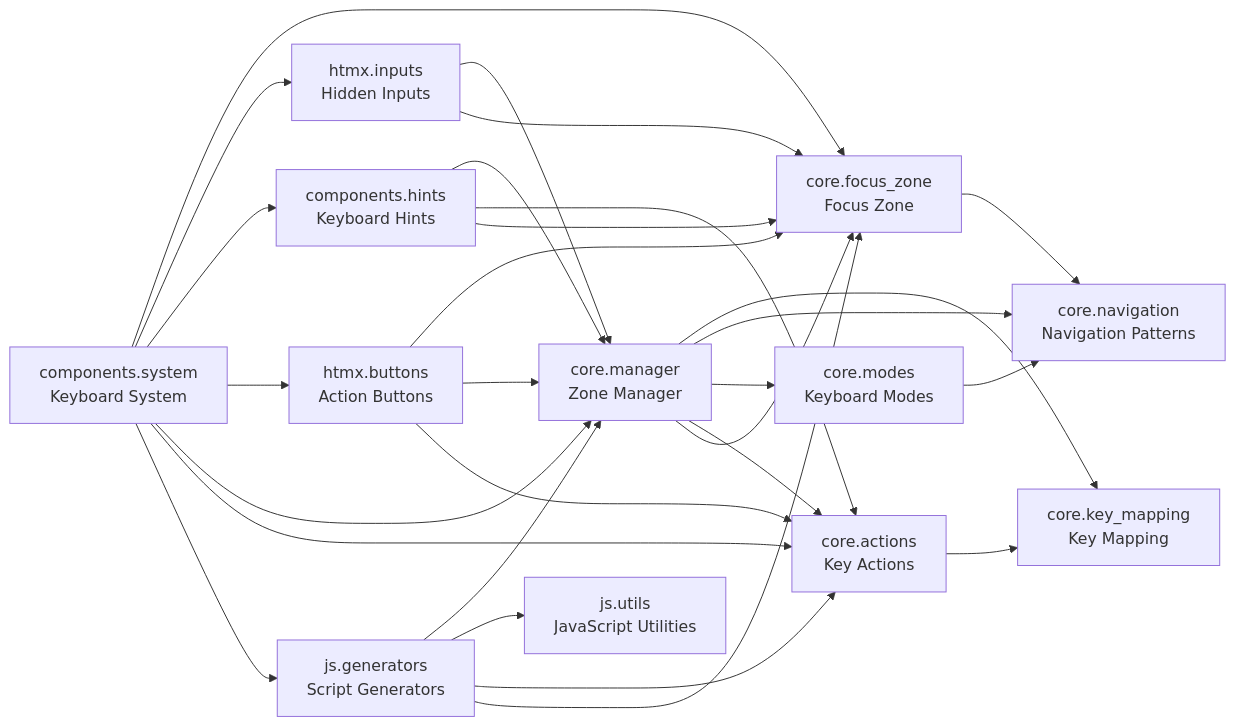
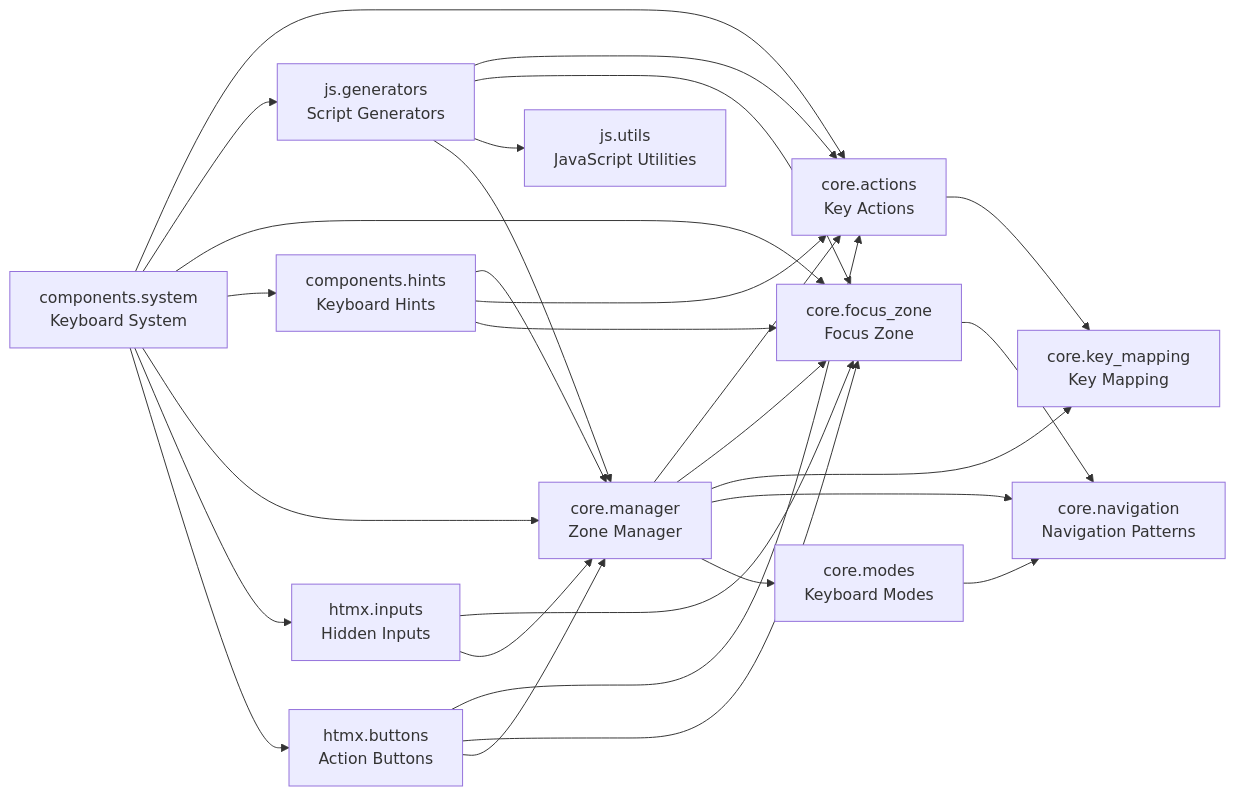
Before and after one commit to cj-mills/cjm-fasthtml-keyboard-navigation: the diagram in README.md, drawn with Mermaid. The commit also changed other lines of this file and 4 other files, not shown here.

````diff
--- a/README.md
+++ b/README.md
@@ -36,43 +36,43 @@
 ``` mermaid
 graph LR
     components_hints[components.hints<br/>Keyboard Hints]
     components_system[components.system<br/>Keyboard System]
     core_actions[core.actions<br/>Key Actions]
     core_focus_zone[core.focus_zone<br/>Focus Zone]
     core_key_mapping[core.key_mapping<br/>Key Mapping]
     core_manager[core.manager<br/>Zone Manager]
     core_modes[core.modes<br/>Keyboard Modes]
     core_navigation[core.navigation<br/>Navigation Patterns]
     htmx_buttons[htmx.buttons<br/>Action Buttons]
     htmx_inputs[htmx.inputs<br/>Hidden Inputs]
     js_generators[js.generators<br/>Script Generators]
     js_utils[js.utils<br/>JavaScript Utilities]
 
     components_hints --> core_manager
     components_hints --> core_actions
     components_hints --> core_focus_zone
-    components_system --> core_focus_zone
-    components_system --> htmx_inputs
-    components_system --> components_hints
-    components_system --> htmx_buttons
-    components_system --> core_manager
     components_system --> core_actions
     components_system --> js_generators
+    components_system --> core_focus_zone
+    components_system --> components_hints
+    components_system --> core_manager
+    components_system --> htmx_inputs
+    components_system --> htmx_buttons
     core_actions --> core_key_mapping
     core_focus_zone --> core_navigation
+    core_manager --> core_actions
+    core_manager --> core_focus_zone
     core_manager --> core_key_mapping
     core_manager --> core_navigation
     core_manager --> core_modes
-    core_manager --> core_actions
-    core_manager --> core_focus_zone
     core_modes --> core_navigation
+    htmx_buttons --> core_actions
     htmx_buttons --> core_focus_zone
     htmx_buttons --> core_manager
-    htmx_buttons --> core_actions
+    htmx_inputs --> core_focus_zone
     htmx_inputs --> core_manager
-    htmx_inputs --> core_focus_zone
-    js_generators --> core_manager
-    js_generators --> js_utils
     js_generators --> core_actions
     js_generators --> core_focus_zone
+    js_generators --> js_utils
+    js_generators --> core_manager
 ```
````
